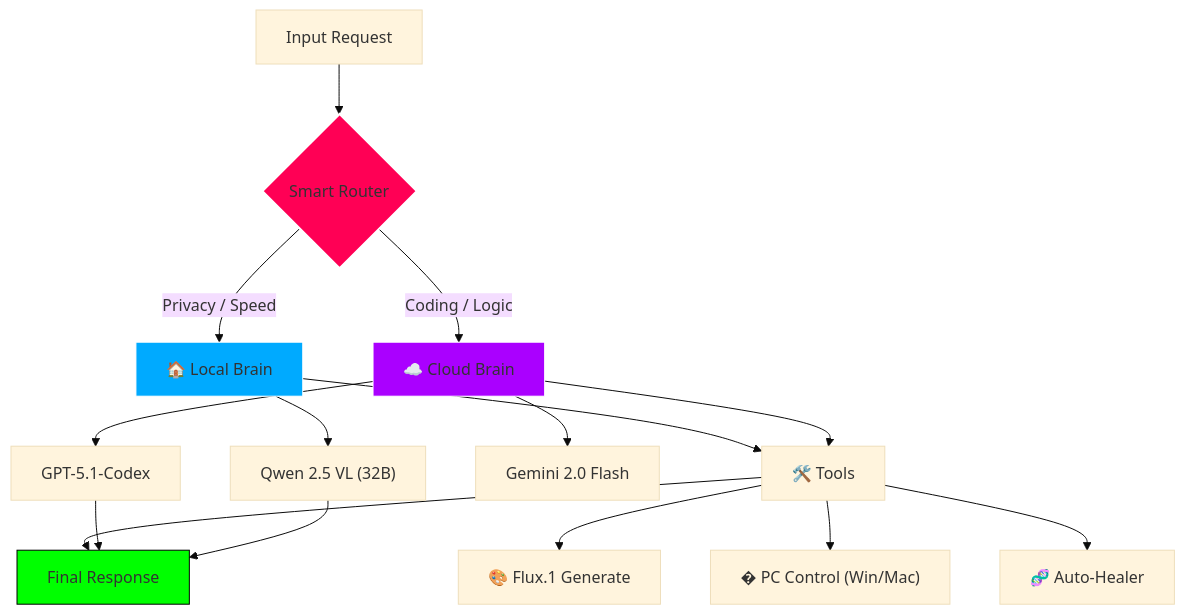
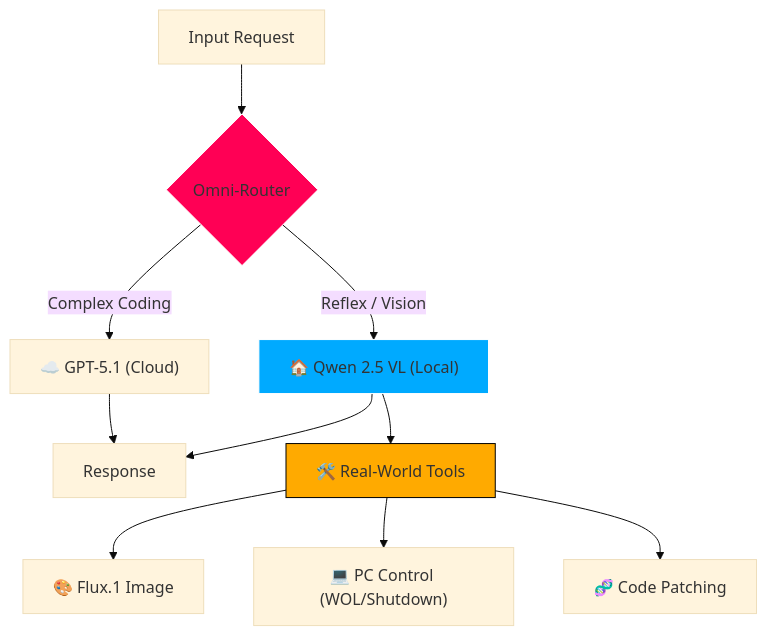
Before and after one commit to YoneRai12/ORA: the second of 2 diagrams in README.md, drawn with Mermaid (base theme). The commit also changed other lines of this file, not shown here.

Commit message:
docs: V8 Ultimate README - Full Feature Deep Dive & Qwen Specs

````diff
--- a/README.md
+++ b/README.md
@@ -58,31 +95,19 @@
 ```mermaid
 graph TD
-    Input[Input Request] --> Router{Smart Router}
+    Input[Input Request] --> Router{Omni-Router}
     
-    %% Local Path (Default)
-    Router -->|Privacy / Speed| Local[🏠 Local Brain]
-    Local --> Qwen["Qwen 2.5 VL (32B)"]
+    Router -->|Reflex / Vision| Qwen["🏠 Qwen 2.5 VL (Local)"]
+    Router -->|Complex Coding| Cloud["☁️ GPT-5.1 (Cloud)"]
     
-    %% Cloud Path (Complex)
-    Router -->|Coding / Logic| Cloud[☁️ Cloud Brain]
-    Cloud --> GPT["GPT-5.1-Codex"]
-    Cloud --> Gemini["Gemini 2.0 Flash"]
-
-    %% Tools
-    Local --> Tools[🛠️ Tools]
-    Cloud --> Tools
+    Qwen --> Response
+    Cloud --> Response
     
-    Tools --> Image["🎨 Flux.1 Generate"]
-    Tools --> System["� PC Control (Win/Mac)"]
-    Tools --> Healer["🧬 Auto-Healer"]
-
-    %% Output
-    Tools --> Response
-    GPT --> Response
-    Qwen --> Response["Final Response"]
+    Qwen --> Tools["🛠️ Real-World Tools"]
+    Tools --> Image["🎨 Flux.1 Image"]
+    Tools --> System["💻 PC Control (WOL/Shutdown)"]
+    Tools --> Healer["🧬 Code Patching"]
     
-    style Router fill:#ff0055,stroke:#fff,stroke-width:2px
-    style Local fill:#00aaff,stroke:#fff
-    style Cloud fill:#aa00ff,stroke:#fff
-    style Response fill:#00ff00,stroke:#000
+    style Router fill:#ff0055,stroke:#fff
+    style Qwen fill:#00aaff,stroke:#fff
+    style Tools fill:#ffaa00,stroke:#000
 ```
````
